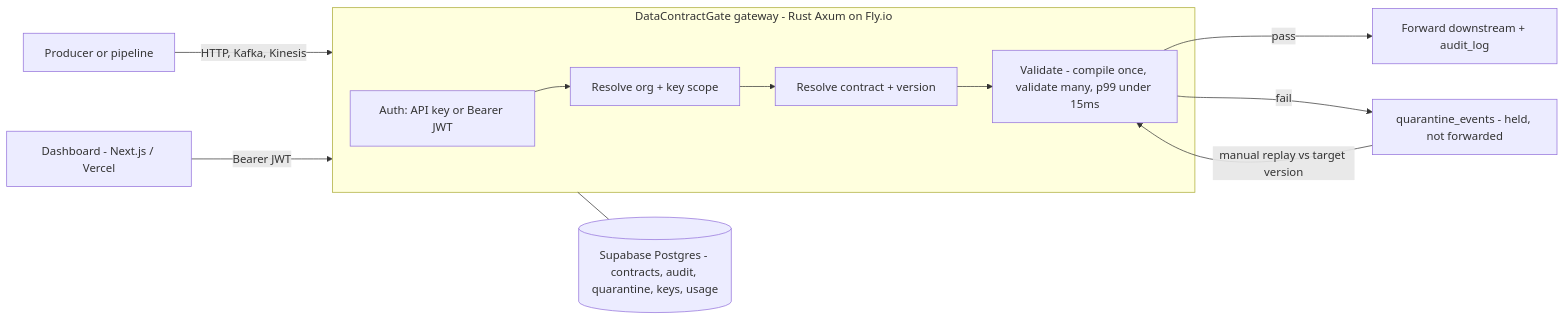
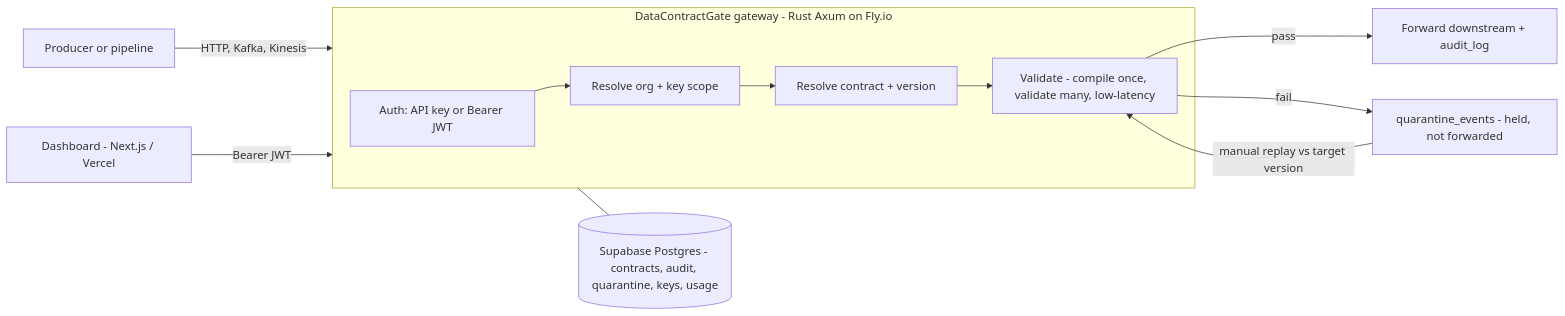
The diagram in docs/architecture-overview.md (nightmoose/contractgate), drawn with Mermaid before and after one commit. The commit also changed other lines of this file and 18 other files, not shown here.

````diff
--- a/docs/architecture-overview.md
+++ b/docs/architecture-overview.md
@@ -11,17 +11,17 @@
 ```mermaid
 flowchart LR
     P[Producer or pipeline] -->|HTTP, Kafka, Kinesis| GW
 
     subgraph GW[DataContractGate gateway - Rust Axum on Fly.io]
       A[Auth: API key or Bearer JWT] --> O[Resolve org + key scope]
       O --> C[Resolve contract + version]
-      C --> V[Validate - compile once, validate many, p99 under 15ms]
+      C --> V[Validate - compile once, validate many, low-latency]
     end
 
     V -->|pass| F[Forward downstream + audit_log]
     V -->|fail| Q[quarantine_events - held, not forwarded]
     Q -->|manual replay vs target version| V
 
     GW --- DB[(Supabase Postgres - contracts, audit, quarantine, keys, usage)]
     DASH[Dashboard - Next.js / Vercel] -->|Bearer JWT| GW
 ```
````
